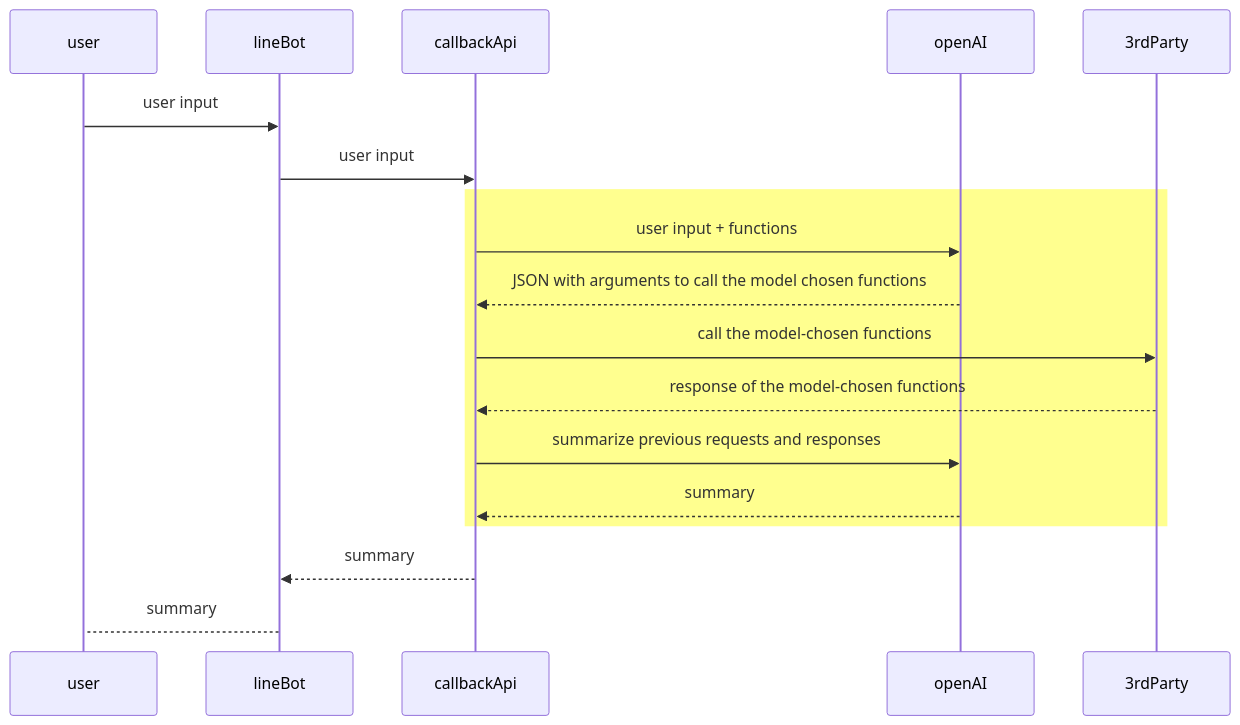
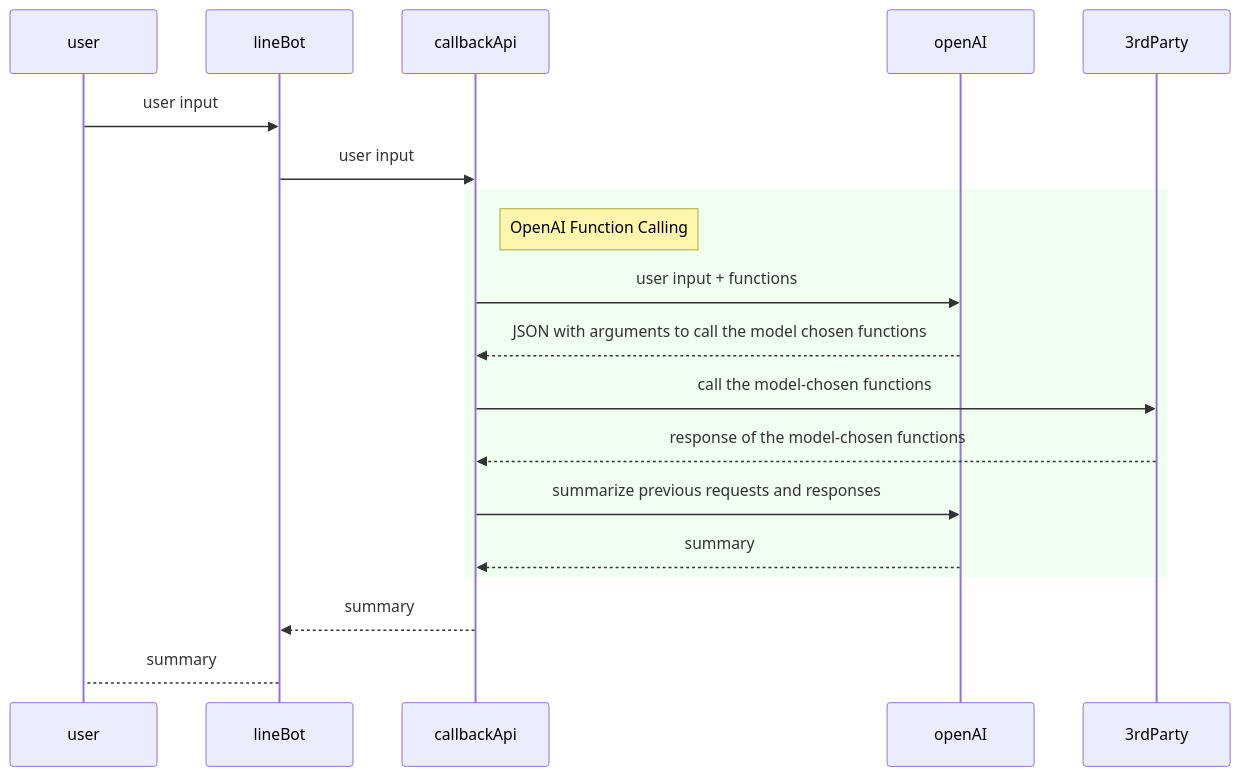
One commit to evaou/langchain-demo changed the diagram in README.md. Above: the diagram before and after it, drawn with Mermaid. The commit also changed other lines of this file, not shown here.

Commit message:
Update call flow

````diff
--- a/README.md
+++ b/README.md
@@ -13,17 +13,20 @@
 ```mermaid
 sequenceDiagram
     user ->> lineBot: user input
     lineBot ->> callbackApi: user input
 
-    rect rgb(255, 255, 143)
+    rect rgb(240,255,240)
+
+    Note right of callbackApi: OpenAI Function Calling
+
     callbackApi ->> openAI: user input + functions
     openAI -->> callbackApi: JSON with arguments to call the model chosen functions
     callbackApi ->> 3rdParty: call the model-chosen functions 
     3rdParty -->> callbackApi: response of the model-chosen functions
     callbackApi ->> openAI: summarize previous requests and responses 
     openAI -->> callbackApi: summary
     end
 
     callbackApi -->> lineBot: summary
     lineBot --> user: summary
 ```
````
